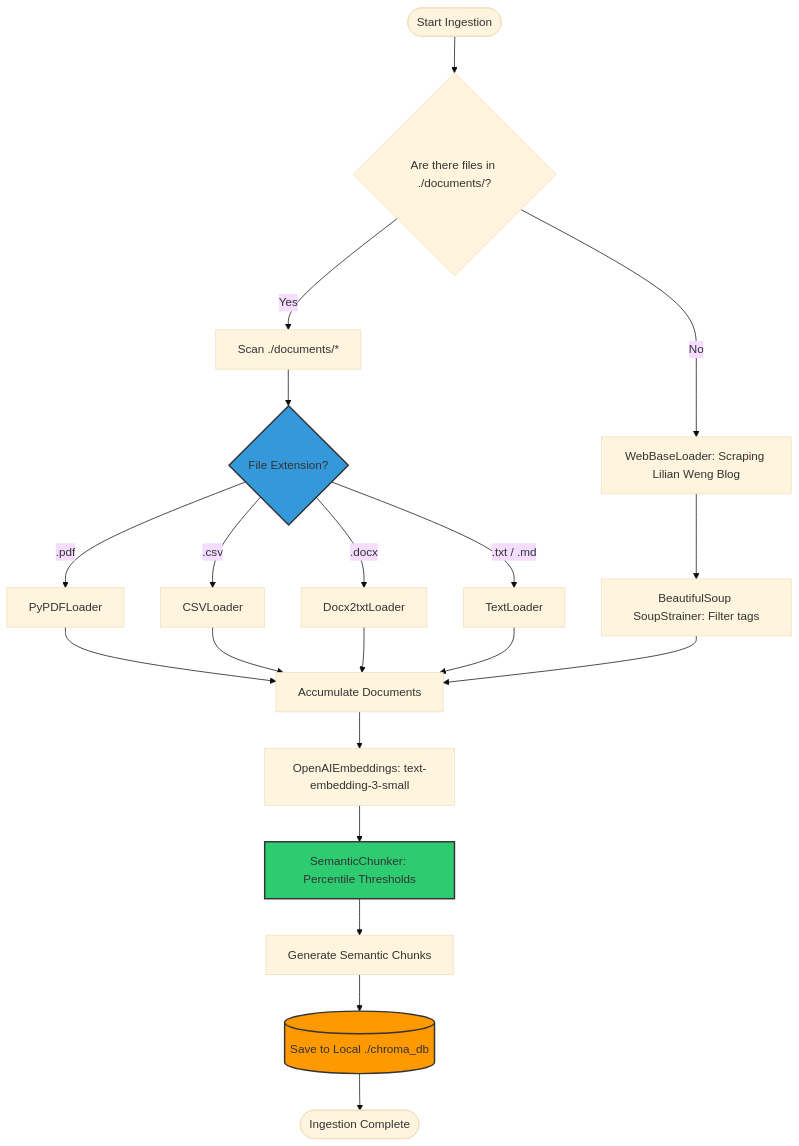
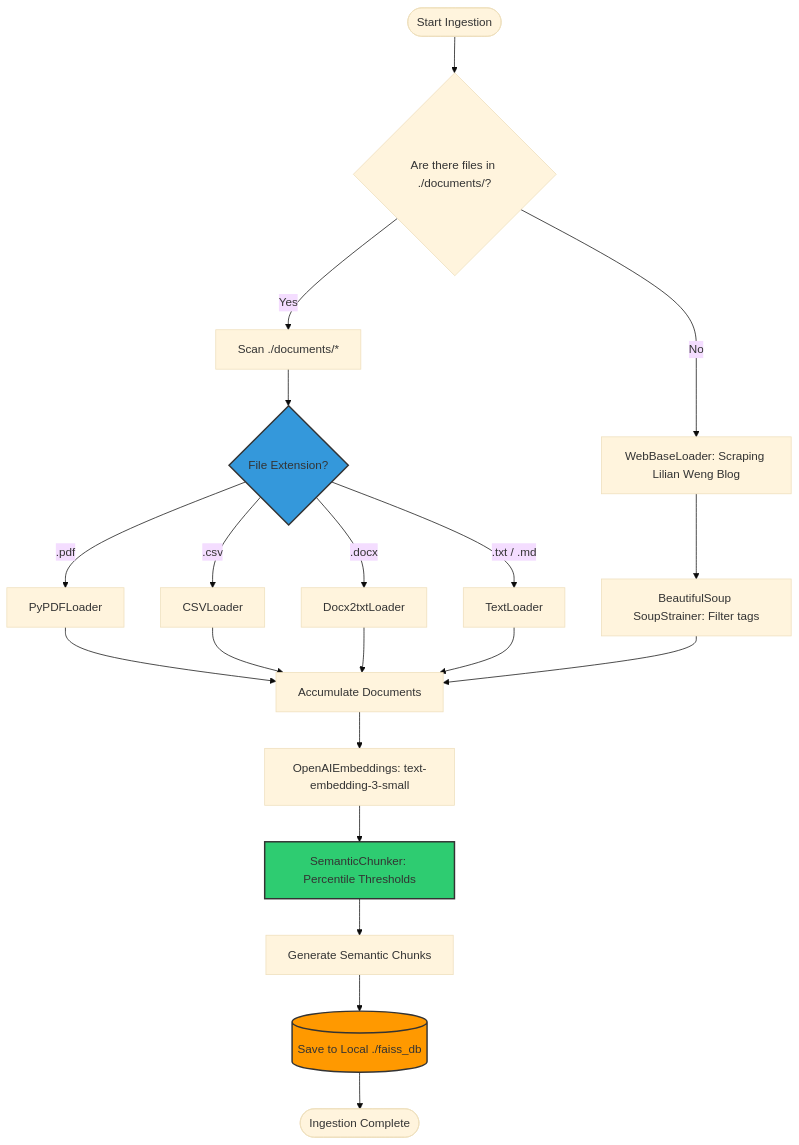
Before and after one commit to Sh1vaay/RAG: the first of 3 diagrams in README.md, drawn with Mermaid (base theme). The commit also changed other lines of this file and 9 other files, not shown here.

Commit message:
refactor: migrate from ChromaDB to FAISS for vector storage and implement a fast-path retrieval workflow for simple queries

````diff
--- a/README.md
+++ b/README.md
@@ -73,32 +73,32 @@
 ```mermaid
 flowchart TD
     Start([Start Ingestion]) --> DirCheck{Are there files in ./documents/?}
     
     %% Web Fallback Route
     DirCheck -->|No| WebLoad[WebBaseLoader: Scraping Lilian Weng Blog]
     WebLoad --> Parse[BeautifulSoup SoupStrainer: Filter tags]
     
     %% Directory Route
     DirCheck -->|Yes| ScanDir[Scan ./documents/*]
     ScanDir --> Router{File Extension?}
     Router -->|.pdf| PDF[PyPDFLoader]
     Router -->|.csv| CSV[CSVLoader]
     Router -->|.docx| Word[Docx2txtLoader]
     Router -->|.txt / .md| Text[TextLoader]
     
     %% Accumulation & Splitting
     PDF & CSV & Word & Text --> Accumulate[Accumulate Documents]
     Parse --> Accumulate
     
     Accumulate --> EmbeddingInit[OpenAIEmbeddings: text-embedding-3-small]
     EmbeddingInit --> Chunking[SemanticChunker: Percentile Thresholds]
     Chunking --> Splits[Generate Semantic Chunks]
     
     %% Persistence
-    Splits --> VectorStoreChroma[(Save to Local ./chroma_db)]
-    VectorStoreChroma --> End([Ingestion Complete])
+    Splits --> VectorStoreFAISS[(Save to Local ./faiss_db)]
+    VectorStoreFAISS --> End([Ingestion Complete])
     
-    style VectorStoreChroma fill:#ff9900,stroke:#333,stroke-width:2px
+    style VectorStoreFAISS fill:#ff9900,stroke:#333,stroke-width:2px
     style Chunking fill:#2ecc71,stroke:#333,stroke-width:2px
     style Router fill:#3498db,stroke:#333,stroke-width:2px
 ```
````
